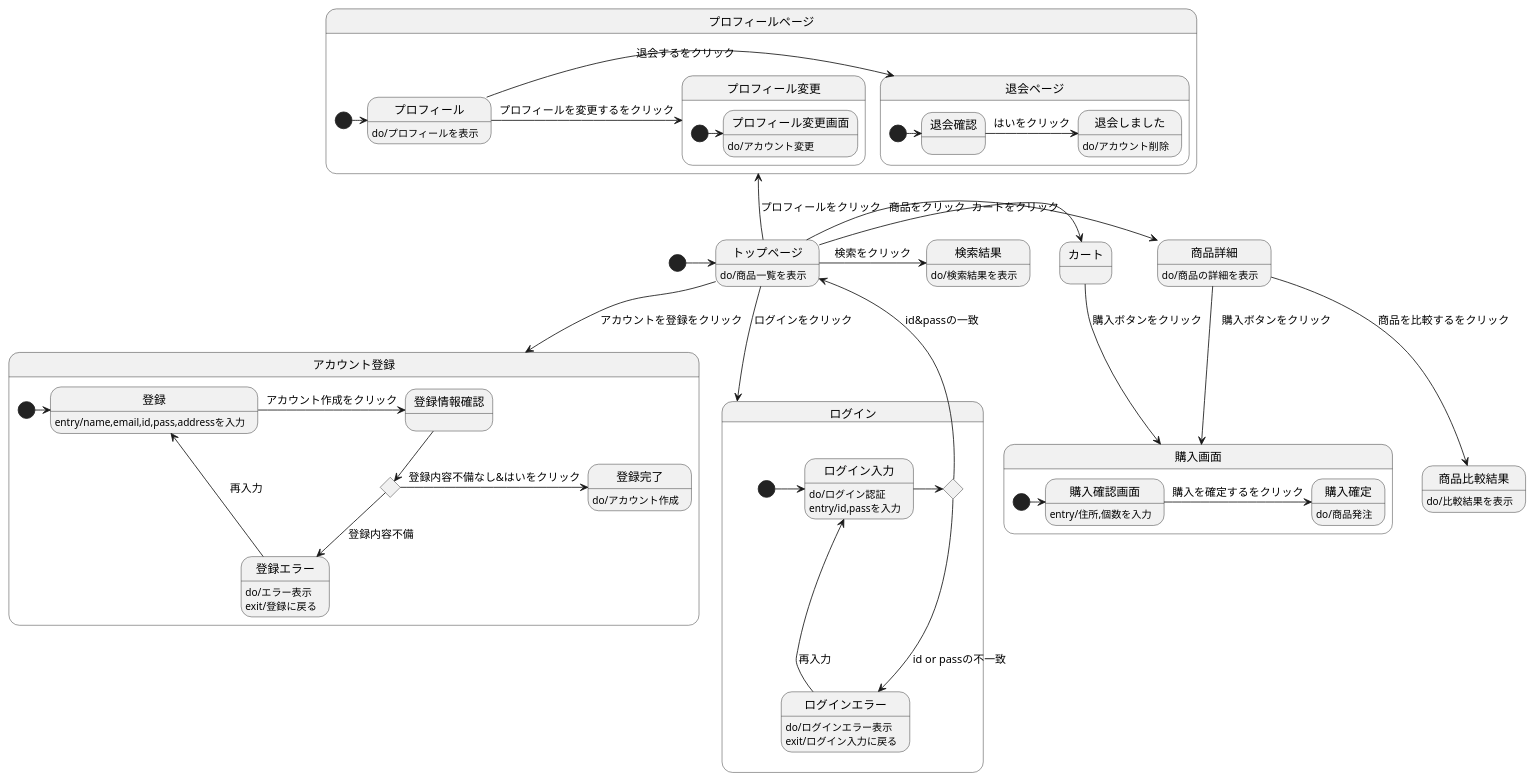
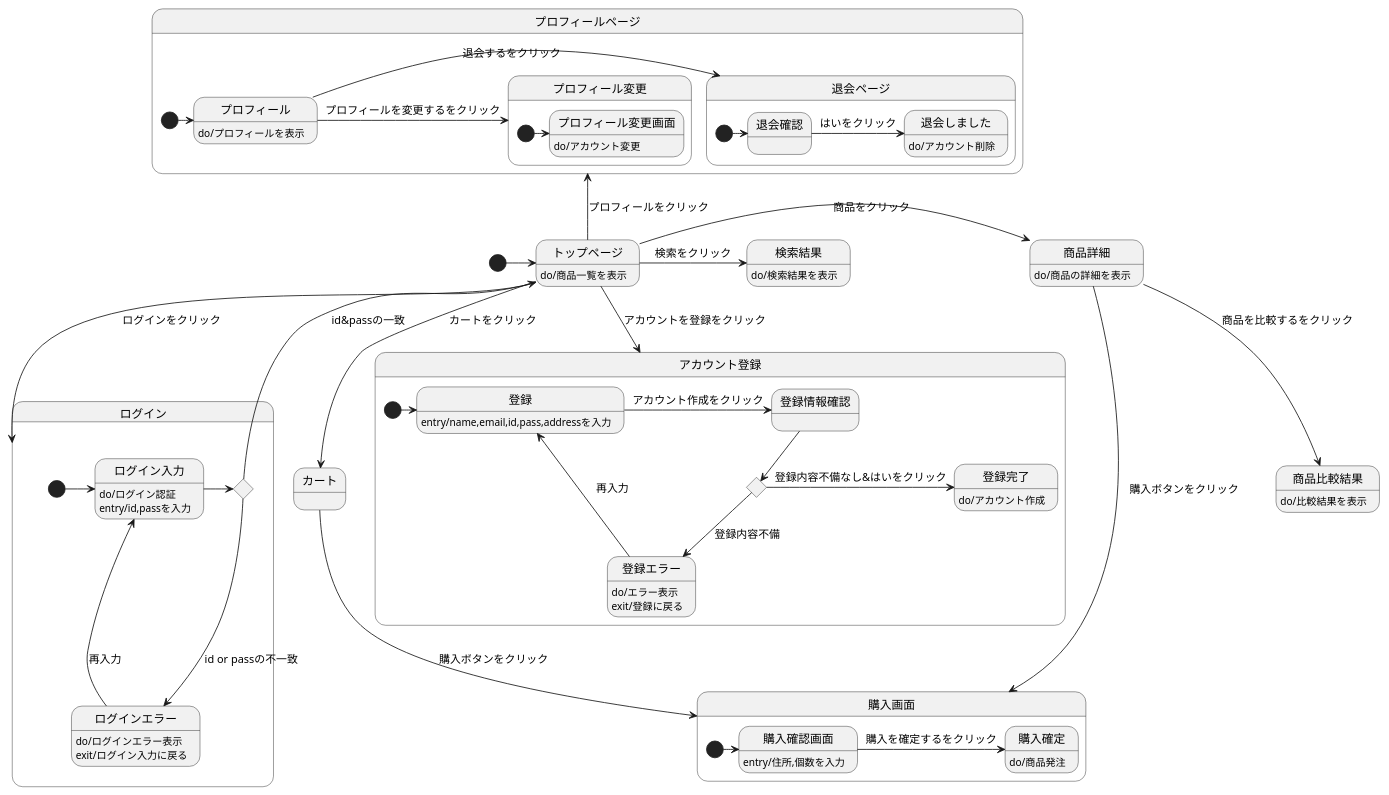
Before and after one commit to Aso2001159/2021sys-design: the diagram in stm01.md, drawn with PlantUML.

````diff
--- a/stm01.md
+++ b/stm01.md
@@ -1,67 +1,67 @@
 ```uml
 
 @startuml
 [*]->トップページ
 トップページ : do/商品一覧を表示
 トップページ->商品詳細 : 商品をクリック
   商品詳細 : do/商品の詳細を表示
   商品詳細 --> 商品比較結果 : 商品を比較するをクリック
   商品比較結果 : do/比較結果を表示
   商品詳細-> 購入画面 :　購入ボタンをクリック
 トップページ-down->ログイン :ログインをクリック
 state ログイン{
   state r確認 <<choice>>
   [*] -> ログイン入力 
   ログイン入力 : do/ログイン認証
   ログイン入力 : entry/id,passを入力
   ログイン入力 -> r確認
   r確認 -> トップページ : id&passの一致
    r確認 --> ログインエラー : id or passの不一致
     ログインエラー :do/ログインエラー表示
     ログインエラー : exit/ログイン入力に戻る
   ログインエラー -> ログイン入力 : 再入力
 
 }
-トップページ-right->カート :カートをクリック
+トップページ-->カート :カートをクリック
 カート --> 購入画面 : 購入ボタンをクリック
 state 購入画面{
   [*]-> 購入確認画面
   購入確認画面 : entry/住所,個数を入力
   購入確認画面 -> 購入確定 : 購入を確定するをクリック
   購入確定 : do/商品発注
 }
 state アカウント登録{
 [*]-> 登録 
   トップページ--> アカウント登録 :アカウントを登録をクリック
   state t確認 <<choice>>
   登録 : entry/name,email,id,pass,addressを入力
   登録 ->登録情報確認: アカウント作成をクリック
   登録情報確認 --> t確認 
   t確認 --> 登録エラー : 登録内容不備
     登録エラー : do/エラー表示
     登録エラー : exit/登録に戻る
    登録エラー -> 登録 : 再入力
   t確認 -> 登録完了: 登録内容不備なし&はいをクリック
     登録完了: do/アカウント作成
   }
 トップページ->検索結果 :検索をクリック
   検索結果 : do/検索結果を表示
 トップページ-up->プロフィールページ :プロフィールをクリック
 state プロフィールページ{
 [*] -> プロフィール
 プロフィール : do/プロフィールを表示
   プロフィール ->退会ページ :退会するをクリック
   state 退会ページ{
     [*]-> 退会確認 
     退会確認-> 退会しました : はいをクリック
       退会しました : do/アカウント削除
     }
     プロフィール -> プロフィール変更 : プロフィールを変更するをクリック
     state プロフィール変更{
       [*]-> プロフィール変更画面
       プロフィール変更画面 : do/アカウント変更
     }
  }
 @enduml
 
 ```
````
